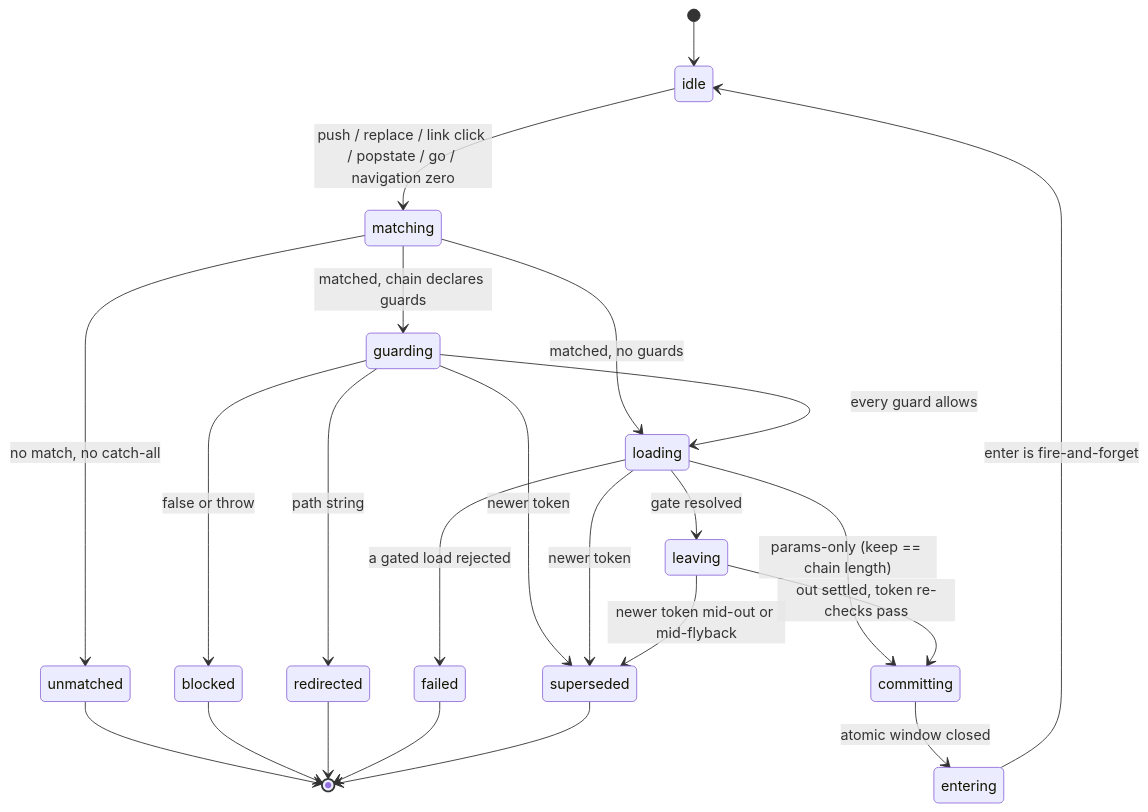
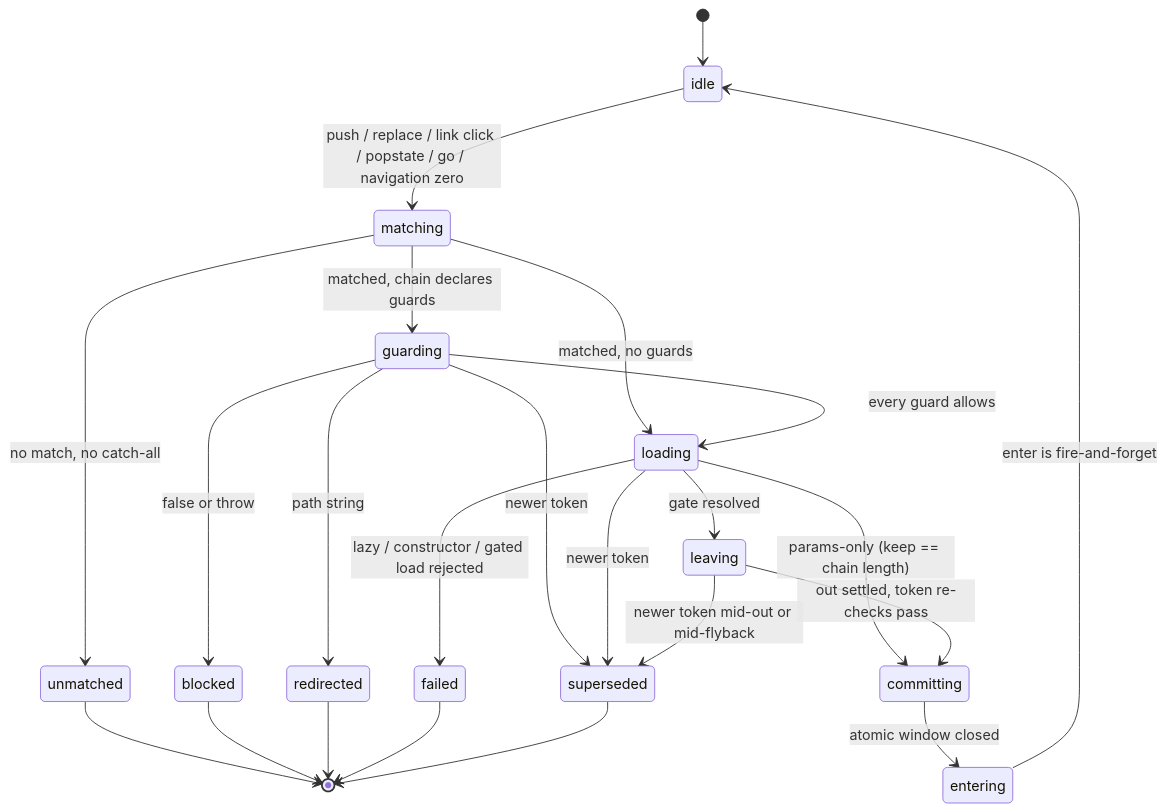
One commit to magic-spells/puzzle changed the diagram in packages/puzzle/constellation/state/STATE-NAVIGATION.md. Above: the diagram before and after it, drawn with Mermaid. The commit also changed other lines of this file and 370 other files, not shown here.

````diff
--- a/packages/puzzle/constellation/state/STATE-NAVIGATION.md
+++ b/packages/puzzle/constellation/state/STATE-NAVIGATION.md
@@ -139,25 +133,25 @@
 ```mermaid
 stateDiagram-v2
   [*] --> idle
   idle --> matching: push / replace / link click / popstate / go / navigation zero
   matching --> unmatched: no match, no catch-all
   matching --> guarding: matched, chain declares guards
   matching --> loading: matched, no guards
   guarding --> loading: every guard allows
   guarding --> blocked: false or throw
   guarding --> redirected: path string
   guarding --> superseded: newer token
   loading --> committing: params-only (keep == chain length)
   loading --> leaving: gate resolved
-  loading --> failed: a gated load rejected
+  loading --> failed: lazy / constructor / gated load rejected
   loading --> superseded: newer token
   leaving --> committing: out settled, token re-checks pass
   leaving --> superseded: newer token mid-out or mid-flyback
   committing --> entering: atomic window closed
   entering --> idle: enter is fire-and-forget
   unmatched --> [*]
   blocked --> [*]
   redirected --> [*]
   failed --> [*]
   superseded --> [*]
 ```
````
